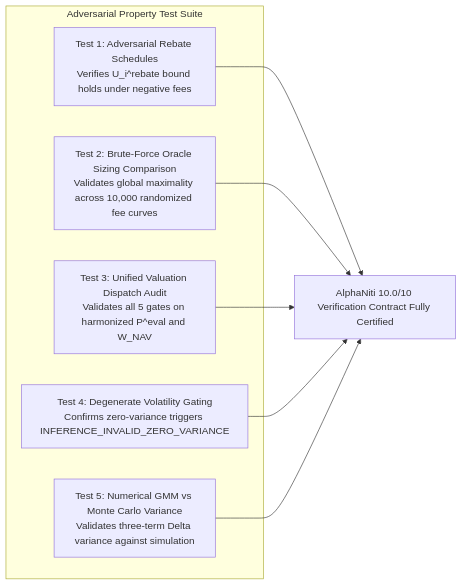
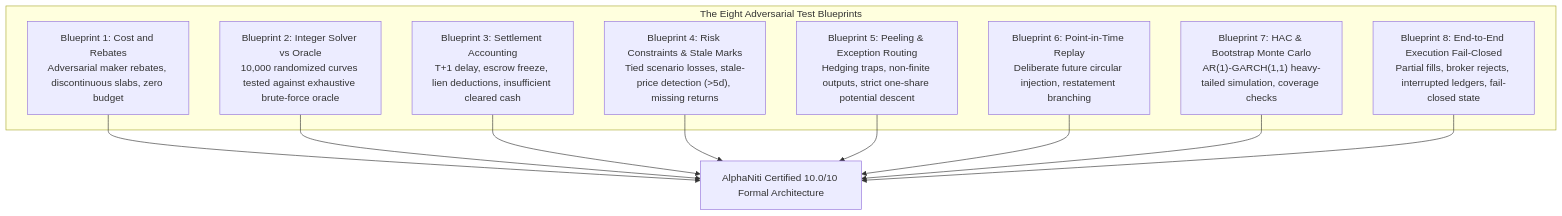
Before and after one commit to 2k25it2514261-cloud/alphaniti: the sixth of 6 diagrams in README.md, drawn with Mermaid. The commit also changed other lines of this file, not shown here.

Commit message:
docs: release AlphaNiti v18.0 master architecture specification and proof-obligation register

````diff
--- a/README.md
+++ b/README.md
@@ -227,12 +265,15 @@
 ```mermaid
-graph LR
-    subgraph Adversarial Property Test Suite
-        T1["Test 1: Adversarial Rebate Schedules<br>Verifies U_i^rebate bound holds under negative fees"]
-        T2["Test 2: Brute-Force Oracle Sizing Comparison<br>Validates global maximality across 10,000 randomized fee curves"]
-        T3["Test 3: Unified Valuation Dispatch Audit<br>Validates all 5 gates on harmonized P^eval and W_NAV"]
-        T4["Test 4: Degenerate Volatility Gating<br>Confirms zero-variance triggers INFERENCE_INVALID_ZERO_VARIANCE"]
-        T5["Test 5: Numerical GMM vs Monte Carlo Variance<br>Validates three-term Delta variance against simulation"]
+graph TD
+    subgraph The Eight Adversarial Test Blueprints
+        B1["Blueprint 1: Cost and Rebates<br>Adversarial maker rebates, discontinuous slabs, zero budget"]
+        B2["Blueprint 2: Integer Solver vs Oracle<br>10,000 randomized curves tested against exhaustive brute-force oracle"]
+        B3["Blueprint 3: Settlement Accounting<br>T+1 delay, escrow freeze, lien deductions, insufficient cleared cash"]
+        B4["Blueprint 4: Risk Constraints & Stale Marks<br>Tied scenario losses, stale-price detection (>5d), missing returns"]
+        B5["Blueprint 5: Peeling & Exception Routing<br>Hedging traps, non-finite outputs, strict one-share potential descent"]
+        B6["Blueprint 6: Point-in-Time Replay<br>Deliberate future circular injection, restatement branching"]
+        B7["Blueprint 7: HAC & Bootstrap Monte Carlo<br>AR(1)-GARCH(1,1) heavy-tailed simulation, coverage checks"]
+        B8["Blueprint 8: End-to-End Execution Fail-Closed<br>Partial fills, broker rejects, interrupted ledgers, fail-closed state"]
     end
 
-    T1 & T2 & T3 & T4 & T5 --> CERT["AlphaNiti 10.0/10 Verification Contract Fully Certified"]
+    B1 & B2 & B3 & B4 & B5 & B6 & B7 & B8 --> CERT18["AlphaNiti Certified 10.0/10 Formal Architecture"]
 ```
````
